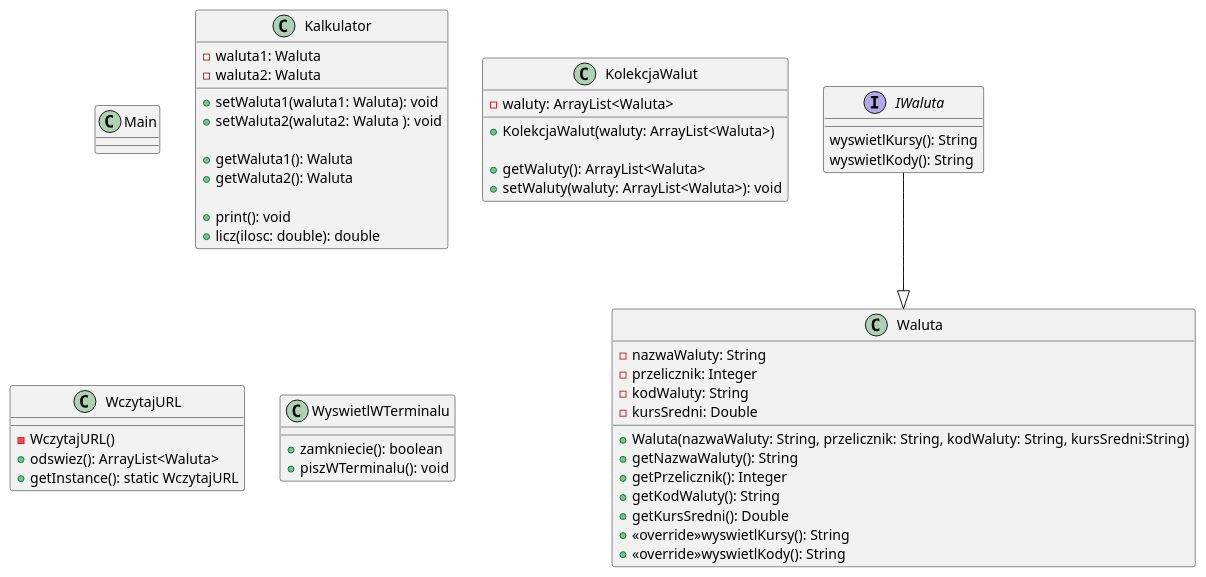
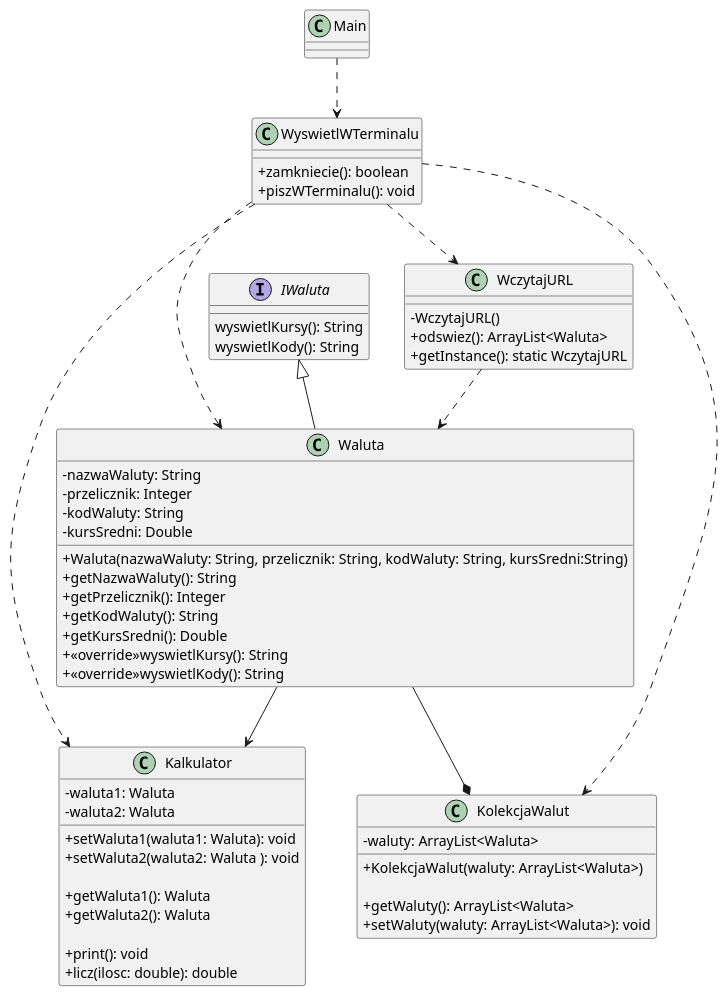
One commit to etlerek/kalkulatorWalut changed the diagram in src/com/company/diagram.puml. Above: the diagram before and after it, drawn with PlantUML.

Commit message:
skonczone

```diff
--- a/src/com/company/diagram.puml
+++ b/src/com/company/diagram.puml
@@ -1,73 +1,81 @@
 @startuml
 'https://plantuml.com/sequence-diagram
+
+skinparam classAttributeIconSize 0
 
 interface IWaluta{
     wyswietlKursy(): String
     wyswietlKody(): String
 }
 
 
 class Main{
 
 }
 
 
 class Waluta {
     - nazwaWaluty: String
     - przelicznik: Integer
     - kodWaluty: String
     - kursSredni: Double
 
     +Waluta(nazwaWaluty: String, przelicznik: String, kodWaluty: String, kursSredni:String)
     +getNazwaWaluty(): String
     +getPrzelicznik(): Integer
     +getKodWaluty(): String
     +getKursSredni(): Double
     +<<override>>wyswietlKursy(): String
     +<<override>>wyswietlKody(): String
 }
 
 class Kalkulator {
 
     - waluta1: Waluta
     - waluta2: Waluta
 
 
     + setWaluta1(waluta1: Waluta): void
     + setWaluta2(waluta2: Waluta ): void
 
     + getWaluta1(): Waluta
     + getWaluta2(): Waluta
 
     + print(): void
     + licz(ilosc: double): double
 }
 
 class KolekcjaWalut{
     - waluty: ArrayList<Waluta>
 
     + KolekcjaWalut(waluty: ArrayList<Waluta>)
 
     + getWaluty(): ArrayList<Waluta>
     + setWaluty(waluty: ArrayList<Waluta>): void
 }
 
 class WczytajURL{
 
     - WczytajURL()
     + odswiez(): ArrayList<Waluta>
     + getInstance(): static WczytajURL
 }
 
 class WyswietlWTerminalu{
 
     + zamkniecie(): boolean
     +piszWTerminalu(): void
 }
 
+Main ..> WyswietlWTerminalu
+WyswietlWTerminalu ..> WczytajURL
+WyswietlWTerminalu ..> KolekcjaWalut
+WyswietlWTerminalu ..> Kalkulator
+WyswietlWTerminalu ..> Waluta
+WczytajURL ..> Waluta
+Waluta --> Kalkulator
+Waluta --* KolekcjaWalut
 
-
-
-IWaluta --|> Waluta
+IWaluta <|-- Waluta
 
 @enduml
```
